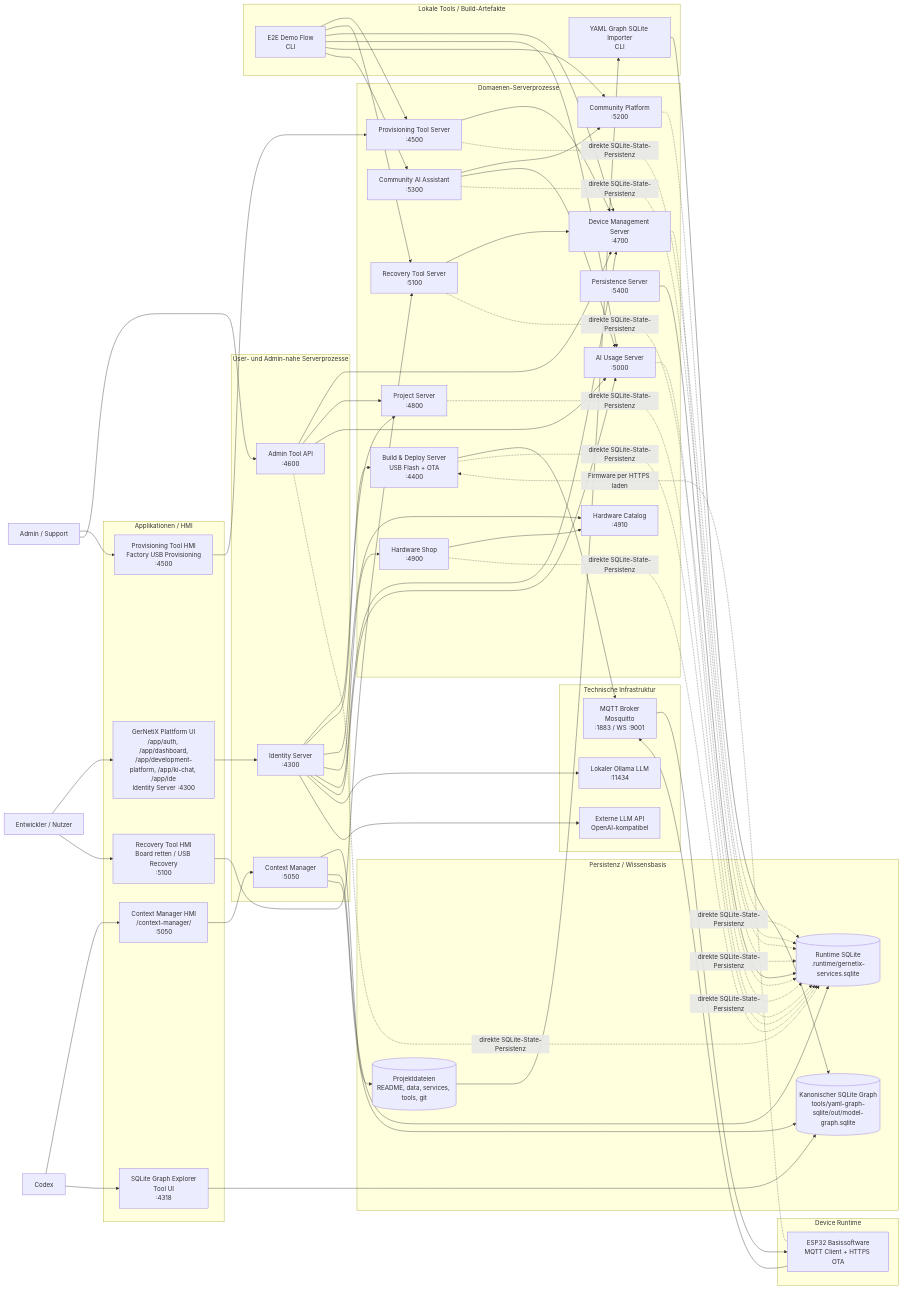
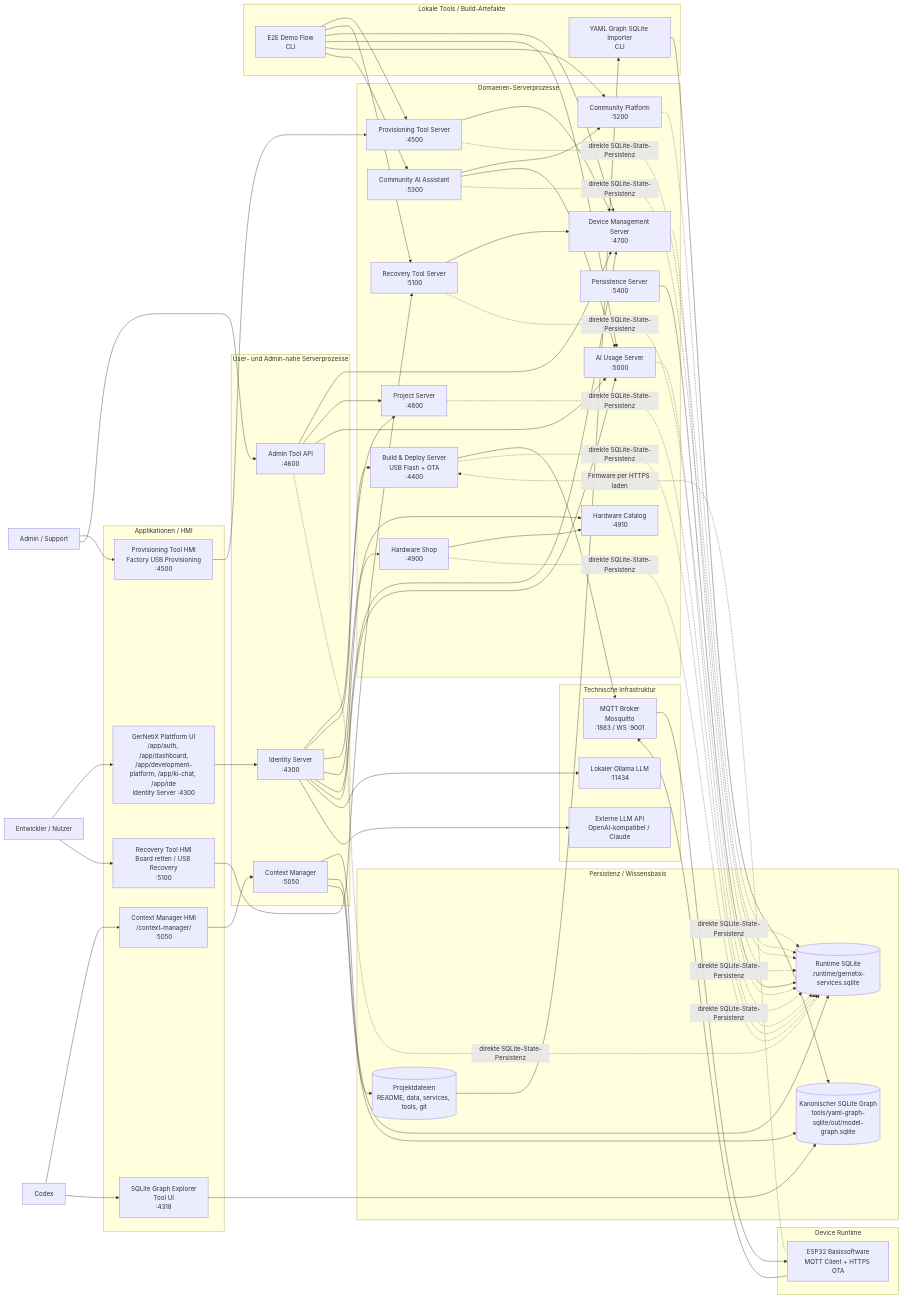
The diagram in docs/system-process-application-uml.md (svenjohanson-web/GerNetiX), drawn with Mermaid before and after one commit. The commit also changed other lines of this file and 23 other files, not shown here.

```diff
--- a/docs/system-process-application-uml.md
+++ b/docs/system-process-application-uml.md
@@ -45,7 +45,7 @@
   subgraph platformInfrastructure["Technische Infrastruktur"]
     mqttBroker["MQTT Broker<br/>Mosquitto<br/>:1883 / WS :9001"]
     localOllama["Lokaler Ollama LLM<br/>:11434"]
-    externalLlm["Externe LLM API<br/>OpenAI-kompatibel"]
+    externalLlm["Externe LLM API<br/>OpenAI-kompatibel / Claude"]
   end
 
   subgraph deviceRuntime["Device Runtime"]
```
